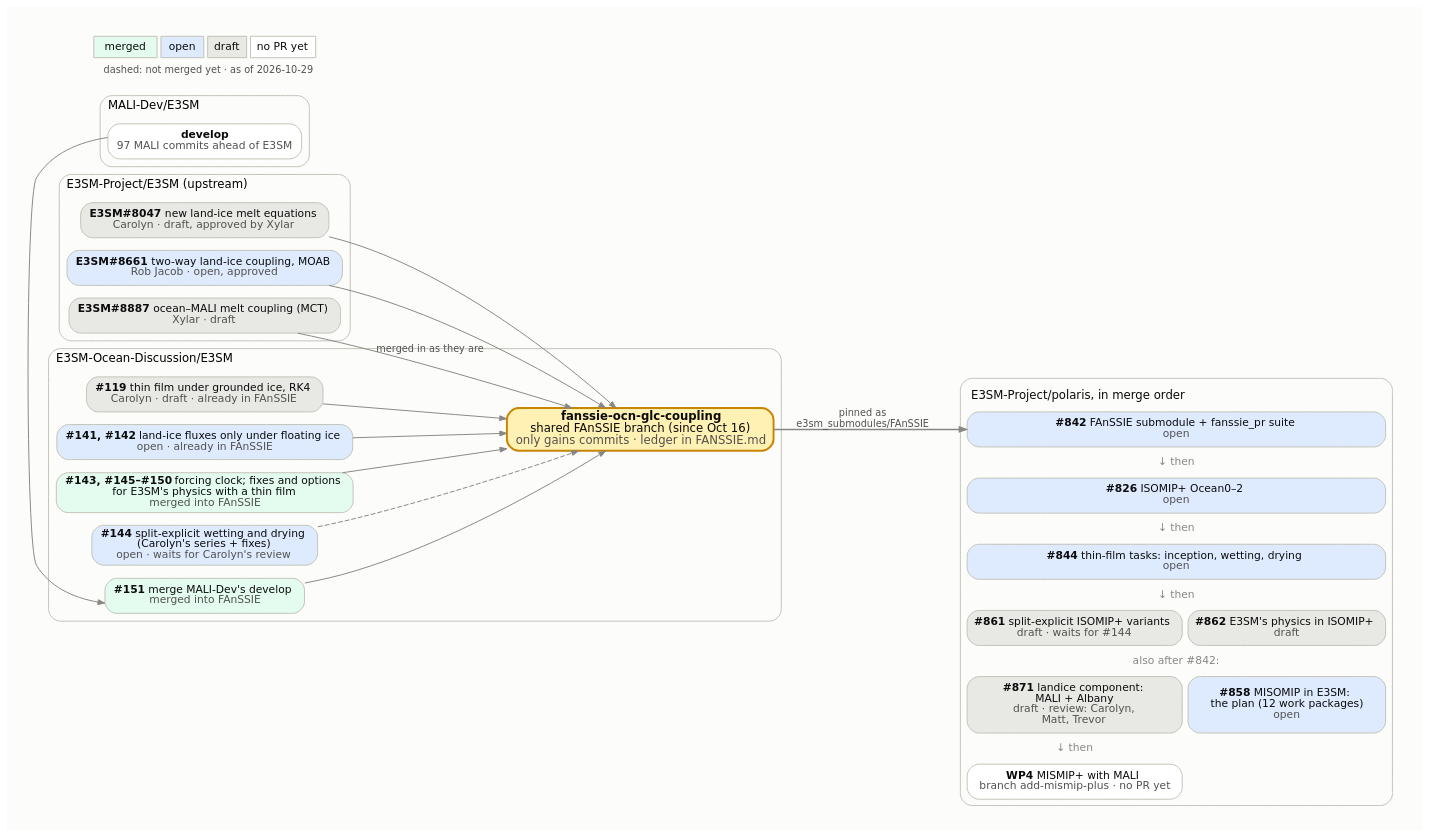
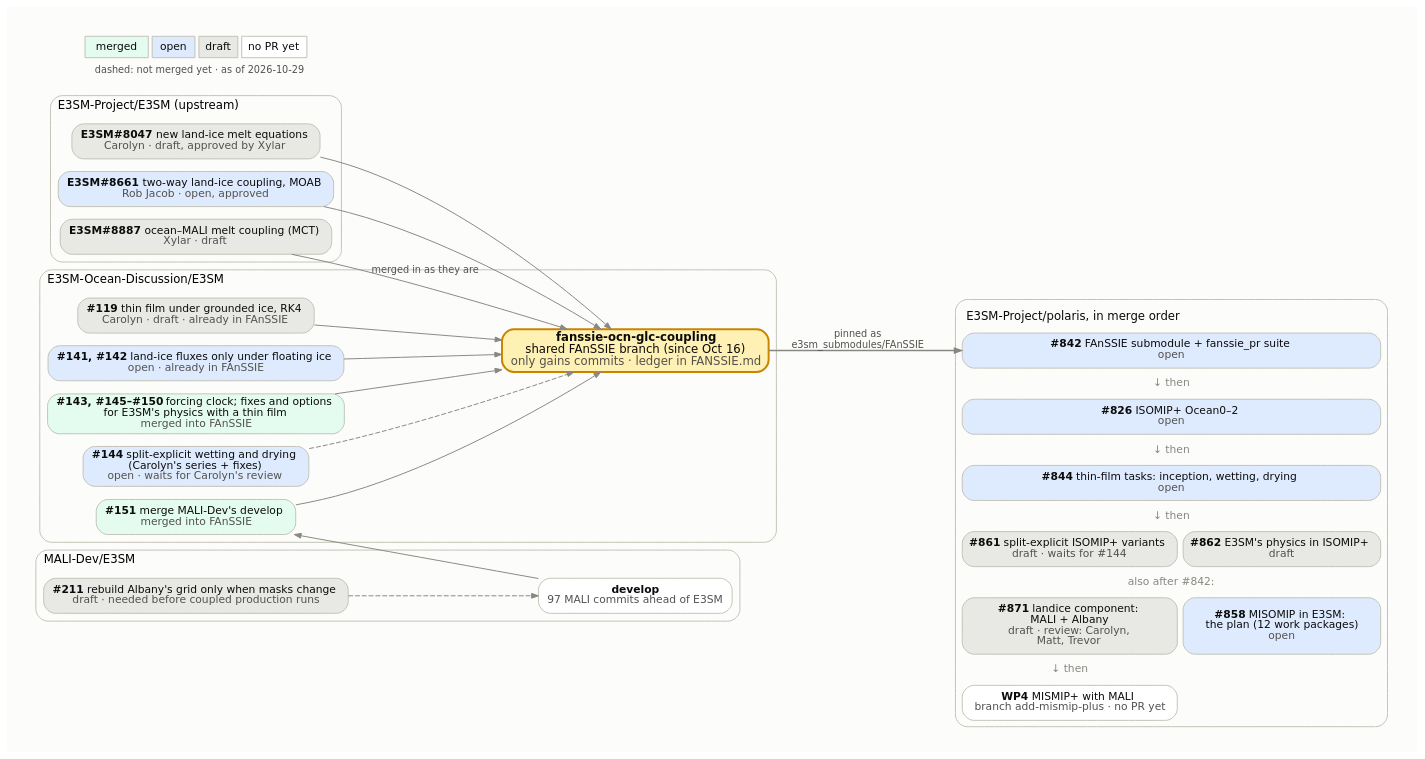
The diagram in docs/design_docs/misomip/code_flow.dot (E3SM-Project/polaris), drawn with Graphviz before and after one commit. The commit also changed 2 other files, not shown here.

Commit message:
Make coupled production runs wait for MALI-Dev/E3SM#211
MALI rebuilds Albany's grid at every velocity solve, and each rebuild
leaks Albany's timers, so memory and wall time grow over a run.
MALI-Dev/E3SM#211 skips the rebuild when config_always_compute_fem_grid
is .false. Coupled production runs wait for it to reach FAnSSIE through
MALI-Dev's develop, and WP6 sets the option. The code-flow figure shows
the pull request.

```diff
--- a/docs/design_docs/misomip/code_flow.dot
+++ b/docs/design_docs/misomip/code_flow.dot
@@ -1,87 +1,89 @@
 // How the upstream E3SM PRs, the E3SM-Ocean-Discussion PRs, the
 // fanssie-ocn-glc-coupling branch and the Polaris PRs fit together.
 //
 // Regenerate with Graphviz 14 (Chrysalis's /usr/bin/dot 2.40 lays it out
 // wider), with the text drawn as paths so it looks the same everywhere:
 //
 //     pixi exec -s graphviz dot -Tsvg:cairo code_flow.dot -o code_flow.svg
 //
 // Fill by state: merged #e3fcef, open #deebff, draft #e8e8e4, no PR yet
 // #ffffff. Dashed edges into the FAnSSIE branch mark PRs not merged into it
 // yet. The Polaris side is one HTML-table node, in merge order, because
 // Graphviz would not keep separate boxes in that order. Update the date in
 // the legend.
 digraph fanssie {
   rankdir=LR;
   bgcolor="#fcfcfb";
   pad=0.3;
   nodesep=0.18;
   ranksep=0.7;
   fontname="DejaVu Sans";
   node [shape=box, style="rounded,filled", fontname="DejaVu Sans",
         fontsize=11, color="#c3c2b7", fontcolor="#0b0b0b", penwidth=1,
         margin="0.12,0.06"];
   edge [color="#898781", arrowsize=0.7, fontname="DejaVu Sans",
         fontsize=10, fontcolor="#52514e"];
 
   subgraph cluster_upstream {
     label="E3SM-Project/E3SM (upstream)";
     labeljust=l; fontsize=12; color="#c3c2b7"; style="rounded";
     e8047 [label=<<b>E3SM#8047</b>  new land-ice melt equations<br/><font color="#52514e">Carolyn · draft, approved by Xylar</font>>, fillcolor="#e8e8e4"];
     e8661 [label=<<b>E3SM#8661</b>  two-way land-ice coupling, MOAB<br/><font color="#52514e">Rob Jacob · open, approved</font>>, fillcolor="#deebff"];
     e8887 [label=<<b>E3SM#8887</b>  ocean–MALI melt coupling (MCT)<br/><font color="#52514e">Xylar · draft</font>>, fillcolor="#e8e8e4"];
   }
 
   subgraph cluster_malidev {
     label="MALI-Dev/E3SM";
     labeljust=l; fontsize=12; color="#c3c2b7"; style="rounded";
     malidev [label=<<b>develop</b><br/><font color="#52514e">97 MALI commits ahead of E3SM</font>>, fillcolor="#ffffff"];
+    m211 [label=<<b>#211</b>  rebuild Albany's grid only when masks change<br/><font color="#52514e">draft · needed before coupled production runs</font>>, fillcolor="#e8e8e4"];
   }
 
   subgraph cluster_eod {
     label="E3SM-Ocean-Discussion/E3SM";
     labeljust=l; fontsize=12; color="#c3c2b7"; style="rounded";
     d119 [label=<<b>#119</b>  thin film under grounded ice, RK4<br/><font color="#52514e">Carolyn · draft · already in FAnSSIE</font>>, fillcolor="#e8e8e4"];
     d141 [label=<<b>#141, #142</b>  land-ice fluxes only under floating ice<br/><font color="#52514e">open · already in FAnSSIE</font>>, fillcolor="#deebff"];
     d143 [label=<<b>#143, #145–#150</b>  forcing clock; fixes and options<br/>for E3SM's physics with a thin film<br/><font color="#52514e">merged into FAnSSIE</font>>, fillcolor="#e3fcef"];
     d144 [label=<<b>#144</b>  split-explicit wetting and drying<br/>(Carolyn's series + fixes)<br/><font color="#52514e">open · waits for Carolyn's review</font>>, fillcolor="#deebff"];
     d151 [label=<<b>#151</b>  merge MALI-Dev's develop<br/><font color="#52514e">merged into FAnSSIE</font>>, fillcolor="#e3fcef"];
     fanssie [label=<<b>fanssie-ocn-glc-coupling</b><br/>shared FAnSSIE branch (since Oct 16)<br/><font color="#52514e">only gains commits · ledger in FANSSIE.md</font>>,
              fillcolor="#fff0b3", penwidth=2, color="#c98500", fontsize=12];
   }
 
   polaris [shape=plaintext, style="", label=<
     <table border="1" color="#c3c2b7" style="rounded" cellborder="1" cellspacing="6" cellpadding="4" bgcolor="#fcfcfb">
       <tr><td border="0" colspan="2" align="left"><font point-size="12">E3SM-Project/polaris, in merge order</font></td></tr>
       <tr><td port="p842" bgcolor="#deebff" colspan="2" style="rounded" cellpadding="6"><b>#842</b>  FAnSSIE submodule + fanssie_pr suite<br/><font color="#52514e">open</font></td></tr>
       <tr><td border="0" colspan="2"><font color="#898781">↓ then</font></td></tr>
       <tr><td port="p826" bgcolor="#deebff" colspan="2" style="rounded" cellpadding="6"><b>#826</b>  ISOMIP+ Ocean0–2<br/><font color="#52514e">open</font></td></tr>
       <tr><td border="0" colspan="2"><font color="#898781">↓ then</font></td></tr>
       <tr><td port="p844" bgcolor="#deebff" colspan="2" style="rounded" cellpadding="6"><b>#844</b>  thin-film tasks: inception, wetting, drying<br/><font color="#52514e">open</font></td></tr>
       <tr><td border="0" colspan="2"><font color="#898781">↓ then</font></td></tr>
       <tr><td port="p861" bgcolor="#e8e8e4" colspan="1" style="rounded" cellpadding="6"><b>#861</b>  split-explicit ISOMIP+ variants<br/><font color="#52514e">draft · waits for #144</font></td><td port="p862" bgcolor="#e8e8e4" colspan="1" style="rounded" cellpadding="6"><b>#862</b>  E3SM's physics in ISOMIP+<br/><font color="#52514e">draft</font></td></tr>
       <tr><td border="0" colspan="2"><font color="#898781">also after #842:</font></td></tr>
       <tr><td port="p871" bgcolor="#e8e8e4" colspan="1" style="rounded" cellpadding="6"><b>#871</b>  landice component:<br/>MALI + Albany<br/><font color="#52514e">draft · review: Carolyn,<br/>Matt, Trevor</font></td><td port="p858" bgcolor="#deebff" colspan="1" style="rounded" cellpadding="6"><b>#858</b>  MISOMIP in E3SM:<br/>the plan (12 work packages)<br/><font color="#52514e">open</font></td></tr>
       <tr><td border="0" colspan="1"><font color="#898781">↓ then</font></td><td border="0" colspan="1"></td></tr>
       <tr><td port="pwp4" bgcolor="#ffffff" colspan="1" style="rounded" cellpadding="6"><b>WP4</b>  MISMIP+ with MALI<br/><font color="#52514e">branch add-mismip-plus · no PR yet</font></td><td border="0" colspan="1"></td></tr>
     </table>>];
 
   e8047 -> fanssie;
   e8661 -> fanssie;
   e8887 -> fanssie [label="merged in as they are"];
   d119 -> fanssie;
   d141 -> fanssie;
   d143 -> fanssie;
   d144 -> fanssie [style=dashed];
+  m211 -> malidev [style=dashed];
   malidev -> d151 [constraint=false];
   d151 -> fanssie;
 
   fanssie -> polaris:p842 [label="pinned as
 e3sm_submodules/FAnSSIE", penwidth=1.5];
 
   legend [shape=plaintext, style="", label=<
     <table border="0" cellborder="1" cellspacing="4" cellpadding="4" color="#c3c2b7">
       <tr><td bgcolor="#e3fcef">merged</td><td bgcolor="#deebff">open</td><td bgcolor="#e8e8e4">draft</td><td bgcolor="#ffffff">no PR yet</td></tr>
       <tr><td colspan="4" border="0"><font point-size="10" color="#52514e">dashed: not merged yet · as of 2026-10-29</font></td></tr>
     </table>>];
 }
```
